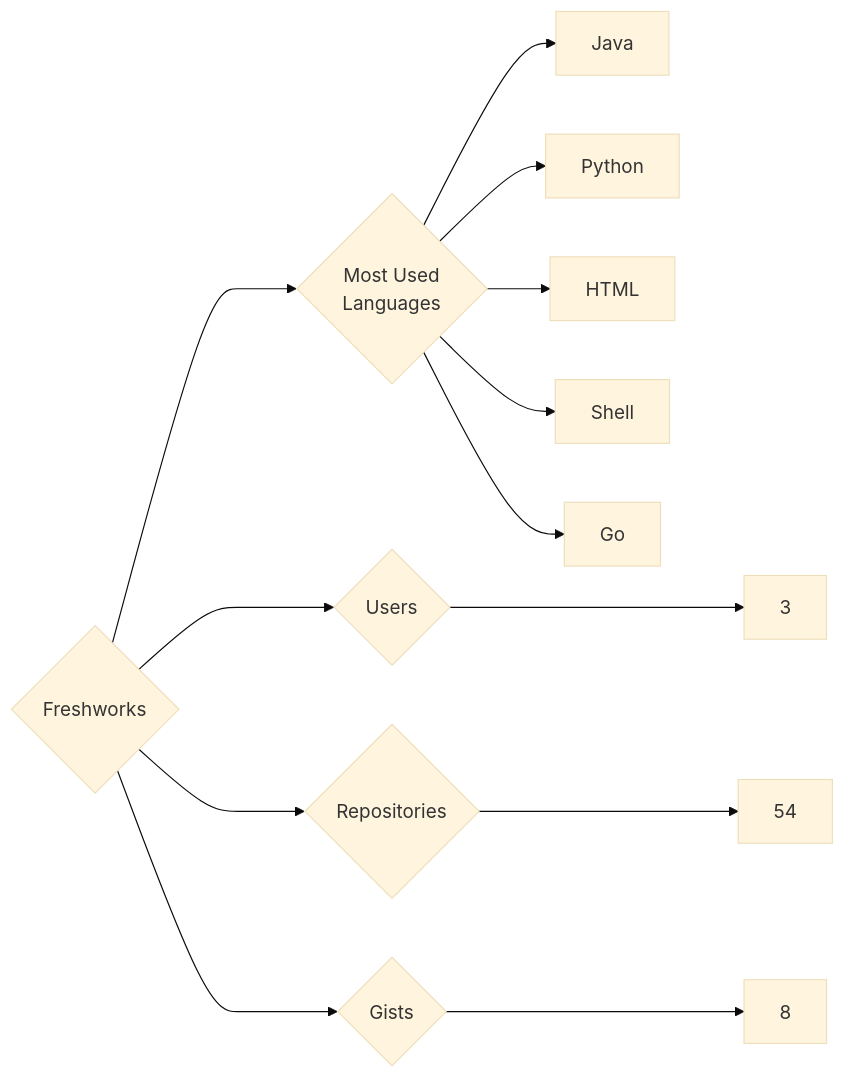
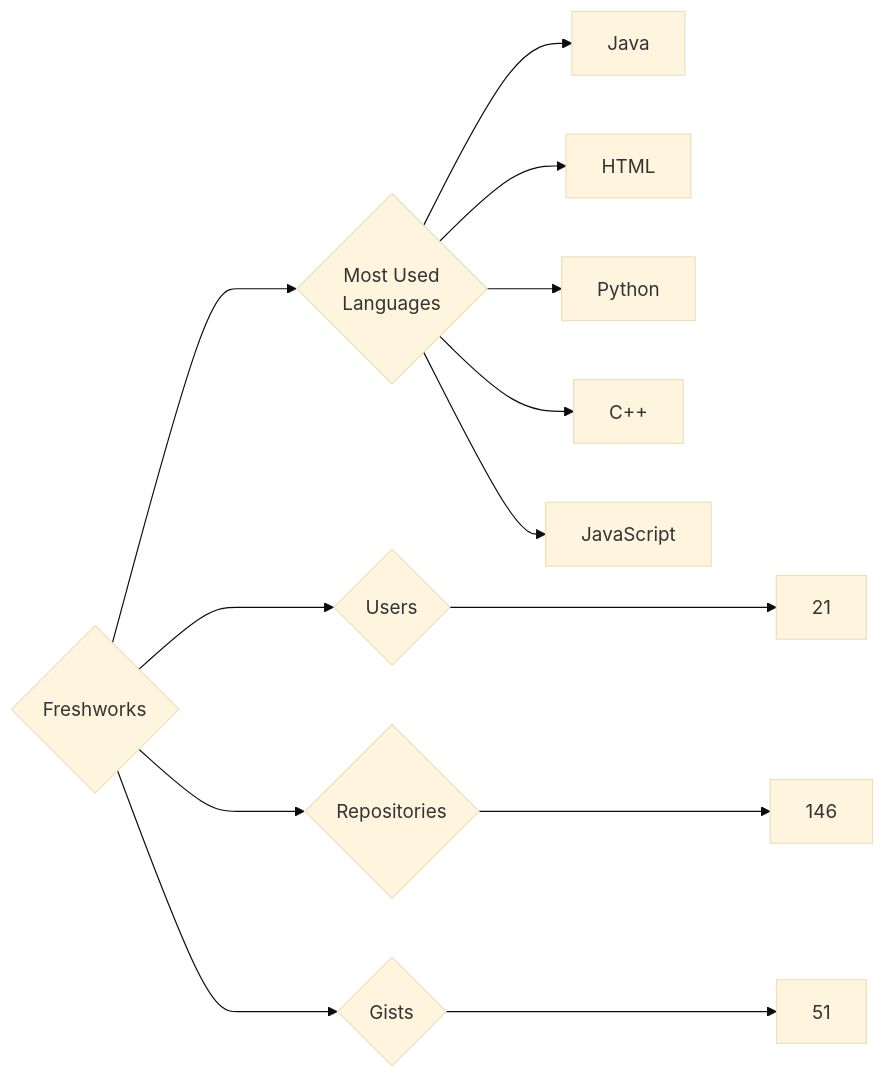
Before and after one commit to trickest/insiders: the diagram in targets/Freshworks/README.md, drawn with Mermaid (base theme). The commit also changed 916 other files, not shown here.

````diff
--- a/targets/Freshworks/README.md
+++ b/targets/Freshworks/README.md
@@ -3,13 +3,13 @@
 ```mermaid
 graph LR
 COMPANY_NAME{Freshworks}
-COMPANY_NAME ---> U{Users} ---> UN[3]
-COMPANY_NAME ---> R{Repositories} ---> RN[54]
-COMPANY_NAME ---> G{Gists} ---> GN[8]
+COMPANY_NAME ---> U{Users} ---> UN[21]
+COMPANY_NAME ---> R{Repositories} ---> RN[146]
+COMPANY_NAME ---> G{Gists} ---> GN[51]
 COMPANY_NAME ---> ML{Most Used<br>Languages}
 ML --> Java[Java]
+ML --> HTML[HTML]
 ML --> Python[Python]
-ML --> HTML[HTML]
-ML --> Shell[Shell]
-ML --> Go[Go]
+ML --> C++[C++]
+ML --> JavaScript[JavaScript]
 ```
````
